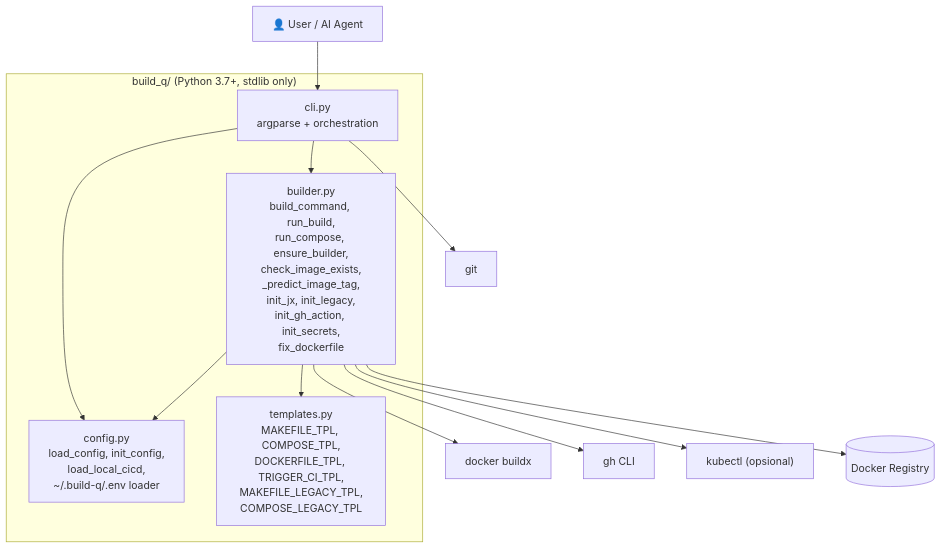
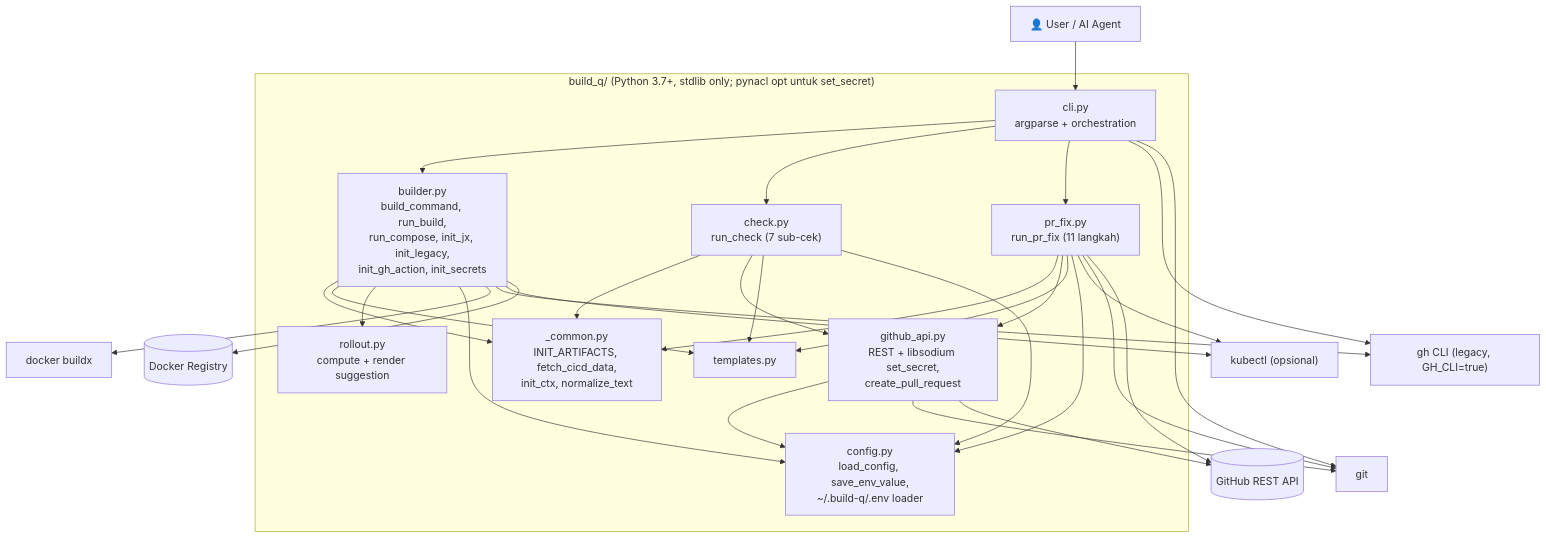
The eighth of 9 diagrams in PRD.md (mamatnurahmat/build-q), drawn with Mermaid before and after one commit. The commit also changed other lines of this file, not shown here.

````diff
--- a/PRD.md
+++ b/PRD.md
@@ -377,19 +412,26 @@
 ```mermaid
 flowchart TB
     User["👤 User / AI Agent"] --> CLI
-    subgraph Package["build_q/ (Python 3.7+, stdlib only)"]
+    subgraph Package["build_q/ (Python 3.7+, stdlib only; pynacl opt untuk set_secret)"]
       CLI["cli.py<br/>argparse + orchestration"]
-      Builder["builder.py<br/>build_command, run_build,<br/>run_compose, ensure_builder,<br/>check_image_exists,<br/>_predict_image_tag,<br/>init_jx, init_legacy,<br/>init_gh_action, init_secrets,<br/>fix_dockerfile"]
-      Config["config.py<br/>load_config, init_config,<br/>load_local_cicd,<br/>~/.build-q/.env loader"]
-      Templates["templates.py<br/>MAKEFILE_TPL, COMPOSE_TPL,<br/>DOCKERFILE_TPL, TRIGGER_CI_TPL,<br/>MAKEFILE_LEGACY_TPL,<br/>COMPOSE_LEGACY_TPL"]
-      CLI --> Builder
-      CLI --> Config
-      Builder --> Config
-      Builder --> Templates
+      Builder["builder.py<br/>build_command, run_build,<br/>run_compose, init_jx, init_legacy,<br/>init_gh_action, init_secrets"]
+      Check["check.py<br/>run_check (7 sub-cek)"]
+      PRFix["pr_fix.py<br/>run_pr_fix (11 langkah)"]
+      Rollout["rollout.py<br/>compute + render suggestion"]
+      GhApi["github_api.py<br/>REST + libsodium set_secret,<br/>create_pull_request"]
+      Common["_common.py<br/>INIT_ARTIFACTS, fetch_cicd_data,<br/>init_ctx, normalize_text"]
+      Config["config.py<br/>load_config, save_env_value,<br/>~/.build-q/.env loader"]
+      Templates["templates.py"]
+      CLI --> Builder & Check & PRFix
+      Check & PRFix --> Common & GhApi & Templates
+      Builder --> Common & Templates & Rollout
+      Builder & Check & PRFix --> Config
+      GhApi --> Config
     end
     Builder --> Docker["docker buildx"]
-    Builder --> Gh["gh CLI"]
-    Builder --> Kubectl["kubectl (opsional)"]
+    Builder & CLI --> Gh["gh CLI (legacy, GH_CLI=true)"]
+    Builder & PRFix --> Kubectl["kubectl (opsional)"]
     Builder --> Registry[("Docker Registry")]
-    CLI --> Git["git"]
+    CLI & GhApi & PRFix --> Git["git"]
+    GhApi & PRFix --> GitHub[("GitHub REST API")]
 ```
````
